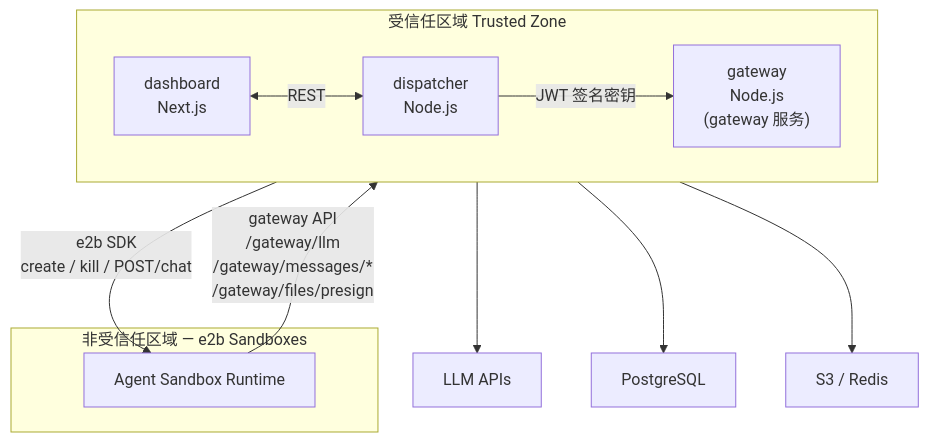
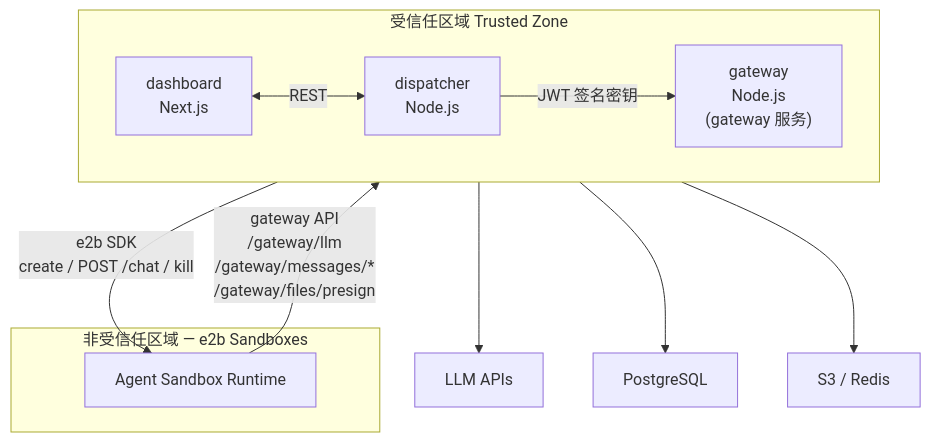
The first of 2 diagrams in docs/superpowers/specs/2026-03-30-agent-as-a-service-design.md (hongliang-zhang/ai_employee_platform), drawn with Mermaid before and after one commit. The commit also changed other lines of this file, not shown here.

````diff
--- a/docs/superpowers/specs/2026-03-30-agent-as-a-service-design.md
+++ b/docs/superpowers/specs/2026-03-30-agent-as-a-service-design.md
@@ -41,23 +41,23 @@
 ```mermaid
 flowchart TB
   subgraph trusted["受信任区域 Trusted Zone"]
     direction LR
     dashboard["dashboard<br/>Next.js"]
     dispatcher["dispatcher<br/>Node.js"]
     gateway["gateway<br/>Node.js<br/>(gateway 服务)"]
 
     dashboard <-->|REST| dispatcher
     dispatcher -->|JWT 签名密钥| gateway
   end
 
   subgraph untrusted["非受信任区域 — e2b Sandboxes"]
     sandbox["Agent Sandbox Runtime"]
   end
 
-  dispatcher -->|e2b SDK<br/>create / kill / POST/chat | sandbox
+  dispatcher -->|e2b SDK<br/>create / POST /chat / kill| sandbox
   sandbox -->|gateway API<br/>/gateway/llm<br/>/gateway/messages/*<br/>/gateway/files/presign| gateway
 
   gateway --> llm["LLM APIs"]
   gateway --> pg["PostgreSQL"]
   gateway --> storage["S3 / Redis"]
 ```
````
